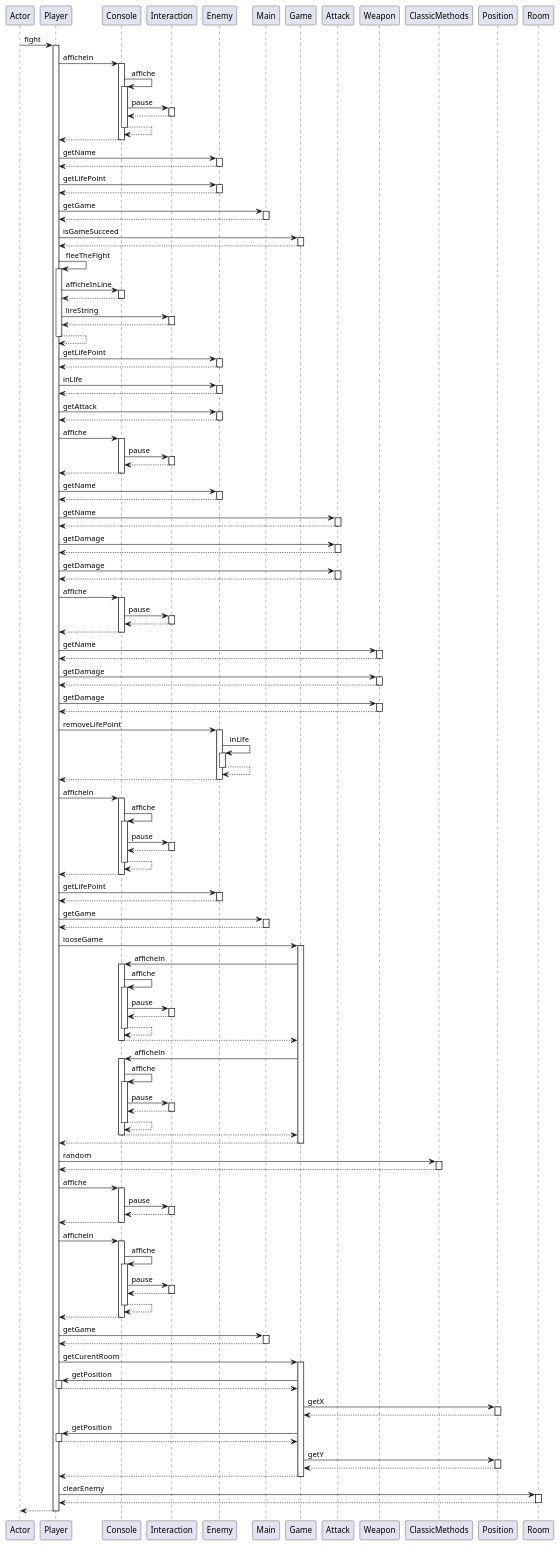
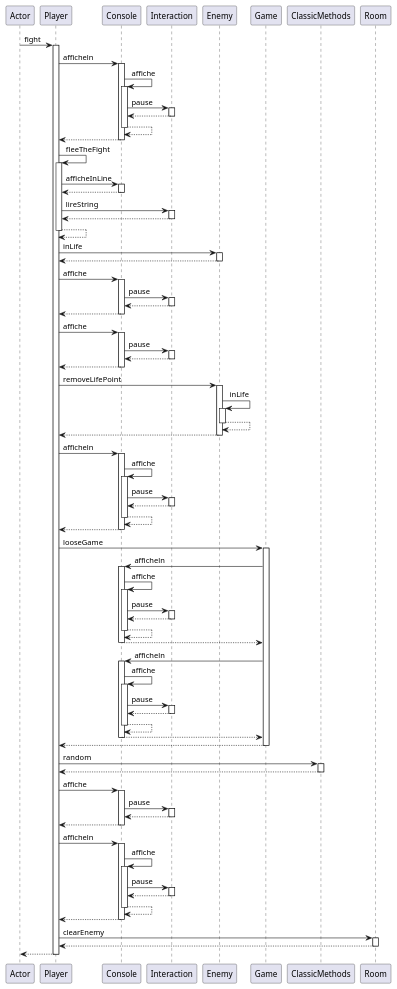
Before and after one commit to PixelDream/DungeonPoo: the diagram in Sequence2.puml, drawn with PlantUML. The commit also changed 12 other files, not shown here.

```diff
--- a/Sequence2.puml
+++ b/Sequence2.puml
@@ -14,22 +14,6 @@
 deactivate Console
 Console --> Player
 deactivate Console
-Player -> Enemy : getName
-activate Enemy
-Enemy --> Player
-deactivate Enemy
-Player -> Enemy : getLifePoint
-activate Enemy
-Enemy --> Player
-deactivate Enemy
-Player -> Main : getGame
-activate Main
-Main --> Player
-deactivate Main
-Player -> Game : isGameSucceed
-activate Game
-Game --> Player
-deactivate Game
 Player -> Player : fleeTheFight
 activate Player
 Player -> Console : afficheInLine
@@ -42,15 +26,7 @@
 deactivate Interaction
 Player --> Player
 deactivate Player
-Player -> Enemy : getLifePoint
-activate Enemy
-Enemy --> Player
-deactivate Enemy
 Player -> Enemy : inLife
-activate Enemy
-Enemy --> Player
-deactivate Enemy
-Player -> Enemy : getAttack
 activate Enemy
 Enemy --> Player
 deactivate Enemy
@@ -62,22 +38,6 @@
 deactivate Interaction
 Console --> Player
 deactivate Console
-Player -> Enemy : getName
-activate Enemy
-Enemy --> Player
-deactivate Enemy
-Player -> Attack : getName
-activate Attack
-Attack --> Player
-deactivate Attack
-Player -> Attack : getDamage
-activate Attack
-Attack --> Player
-deactivate Attack
-Player -> Attack : getDamage
-activate Attack
-Attack --> Player
-deactivate Attack
 Player -> Console : affiche
 activate Console
 Console -> Interaction : pause
@@ -86,18 +46,6 @@
 deactivate Interaction
 Console --> Player
 deactivate Console
-Player -> Weapon : getName
-activate Weapon
-Weapon --> Player
-deactivate Weapon
-Player -> Weapon : getDamage
-activate Weapon
-Weapon --> Player
-deactivate Weapon
-Player -> Weapon : getDamage
-activate Weapon
-Weapon --> Player
-deactivate Weapon
 Player -> Enemy : removeLifePoint
 activate Enemy
 Enemy -> Enemy : inLife
@@ -118,14 +66,6 @@
 deactivate Console
 Console --> Player
 deactivate Console
-Player -> Enemy : getLifePoint
-activate Enemy
-Enemy --> Player
-deactivate Enemy
-Player -> Main : getGame
-activate Main
-Main --> Player
-deactivate Main
 Player -> Game : looseGame
 activate Game
 Game -> Console : afficheln
@@ -178,30 +118,6 @@
 deactivate Console
 Console --> Player
 deactivate Console
-Player -> Main : getGame
-activate Main
-Main --> Player
-deactivate Main
-Player -> Game : getCurentRoom
-activate Game
-Game -> Player : getPosition
-activate Player
-Player --> Game
-deactivate Player
-Game -> Position : getX
-activate Position
-Position --> Game
-deactivate Position
-Game -> Player : getPosition
-activate Player
-Player --> Game
-deactivate Player
-Game -> Position : getY
-activate Position
-Position --> Game
-deactivate Position
-Game --> Player
-deactivate Game
 Player -> Room : clearEnemy
 activate Room
 Room --> Player
```
